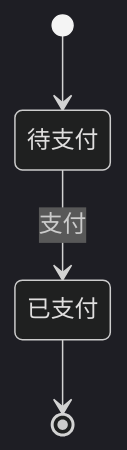
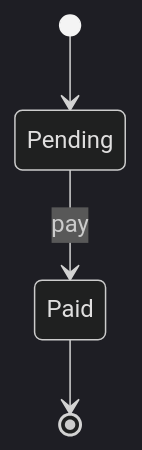
The fourth of 6 diagrams in shared/references/diagram-syntax.md (cpd13868584/abcd), drawn with Mermaid (dark theme) before and after one commit. The commit also changed other lines of this file and 13 other files, not shown here.

````diff
--- a/shared/references/diagram-syntax.md
+++ b/shared/references/diagram-syntax.md
@@ -62,6 +62,6 @@
 ```mermaid
 stateDiagram-v2
-    [*] --> 待支付
-    待支付 --> 已支付: 支付
-    已支付 --> [*]
+    [*] --> Pending
+    Pending --> Paid: pay
+    Paid --> [*]
 ```
````
